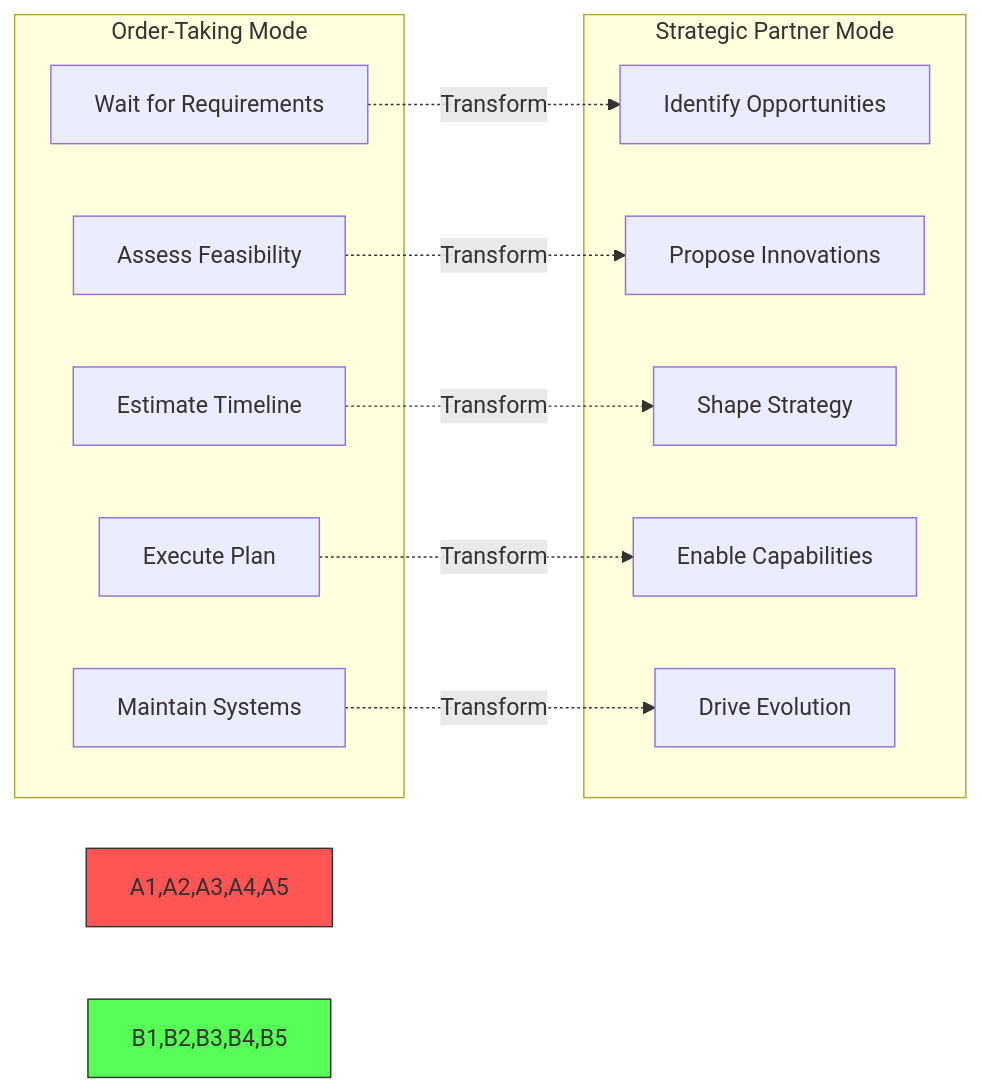
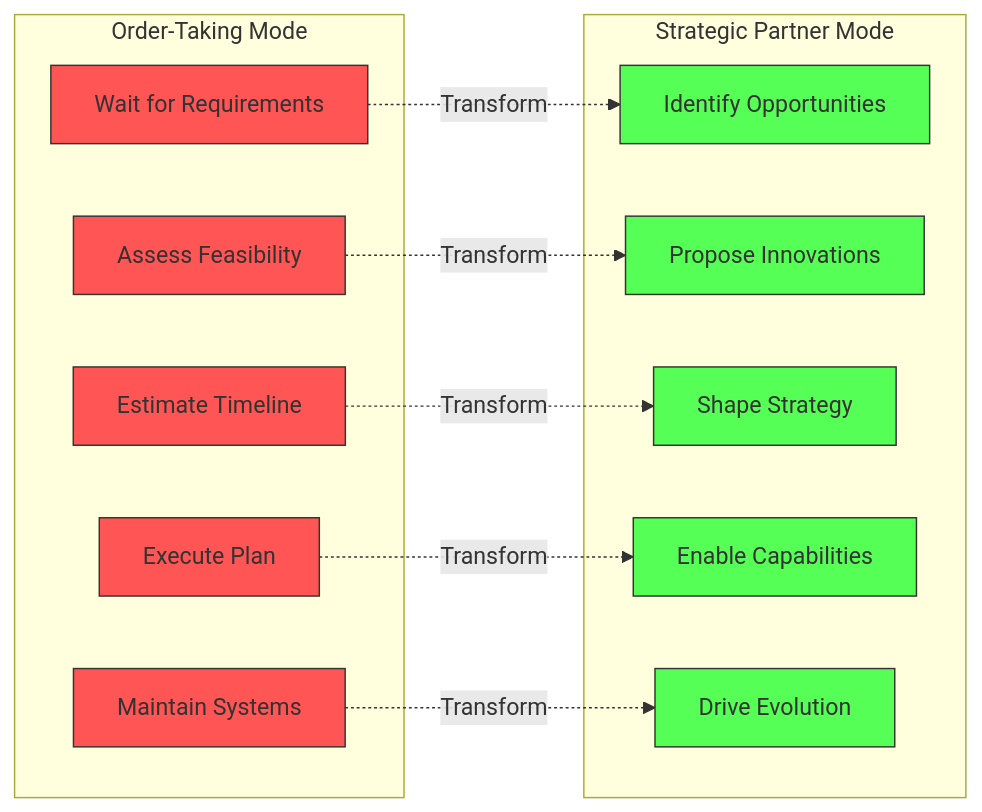
One commit to AliceNN-ucdenver/Iasa changed the second of 13 diagrams in cio-june.md. Above: the diagram before and after it, drawn with Mermaid.

````diff
--- a/cio-june.md
+++ b/cio-june.md
@@ -58,27 +58,35 @@
 ```mermaid
 flowchart LR
     subgraph "Order-Taking Mode"
         A1["Wait for Requirements"] 
         A2["Assess Feasibility"]
         A3["Estimate Timeline"]
         A4["Execute Plan"]
         A5["Maintain Systems"]
     end
     
     subgraph "Strategic Partner Mode"
         B1["Identify Opportunities"]
         B2["Propose Innovations"]
         B3["Shape Strategy"]
         B4["Enable Capabilities"]
         B5["Drive Evolution"]
     end
     
     A1 -.->|Transform| B1
     A2 -.->|Transform| B2
     A3 -.->|Transform| B3
     A4 -.->|Transform| B4
     A5 -.->|Transform| B5
     
-    style A1,A2,A3,A4,A5 fill:#f55,stroke:#333,stroke-width:1px
-    style B1,B2,B3,B4,B5 fill:#5f5,stroke:#333,stroke-width:1px
+    style A1 fill:#f55,stroke:#333,stroke-width:1px
+    style A2 fill:#f55,stroke:#333,stroke-width:1px
+    style A3 fill:#f55,stroke:#333,stroke-width:1px
+    style A4 fill:#f55,stroke:#333,stroke-width:1px
+    style A5 fill:#f55,stroke:#333,stroke-width:1px
+    style B1 fill:#5f5,stroke:#333,stroke-width:1px
+    style B2 fill:#5f5,stroke:#333,stroke-width:1px
+    style B3 fill:#5f5,stroke:#333,stroke-width:1px
+    style B4 fill:#5f5,stroke:#333,stroke-width:1px
+    style B5 fill:#5f5,stroke:#333,stroke-width:1px
 ```
````
